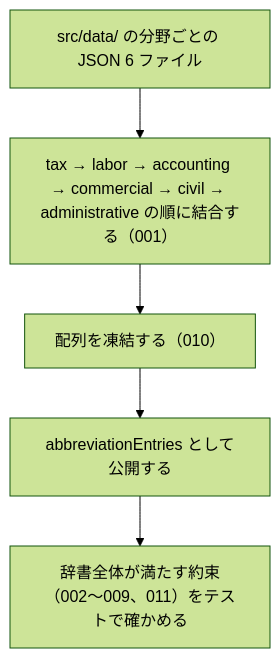
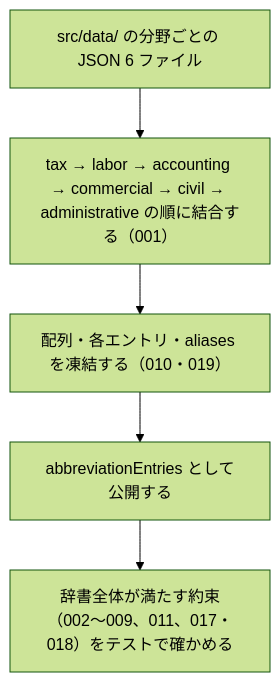
One commit to shuji-bonji/houki-abbreviations changed the diagram in specs/current/abbreviation_entries/spec.md. Above: the diagram before and after it, drawn with Mermaid (forest theme). The commit also changed other lines of this file and 51 other files, not shown here.

````diff
--- a/specs/current/abbreviation_entries/spec.md
+++ b/specs/current/abbreviation_entries/spec.md
@@ -64,7 +64,7 @@
 ```mermaid
 flowchart TD
   A["src/data/ の分野ごとの JSON 6 ファイル"] --> B["tax → labor → accounting → commercial → civil → administrative の順に結合する（001）"]
-  B --> C["配列を凍結する（010）"]
+  B --> C["配列・各エントリ・aliases を凍結する（010・019）"]
   C --> D["abbreviationEntries として公開する"]
-  D --> E["辞書全体が満たす約束（002〜009、011）をテストで確かめる"]
+  D --> E["辞書全体が満たす約束（002〜009、011、017・018）をテストで確かめる"]
 ```
````
